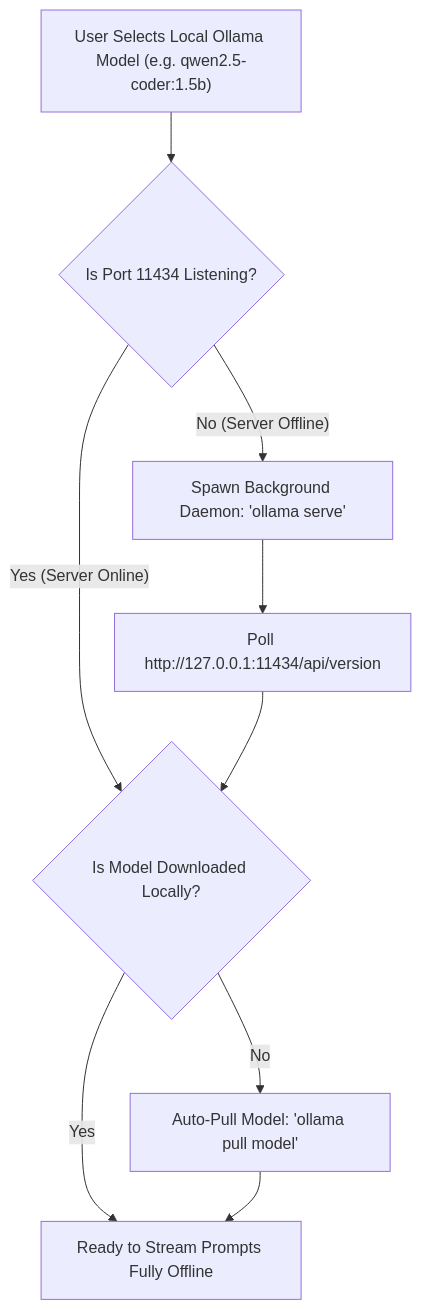
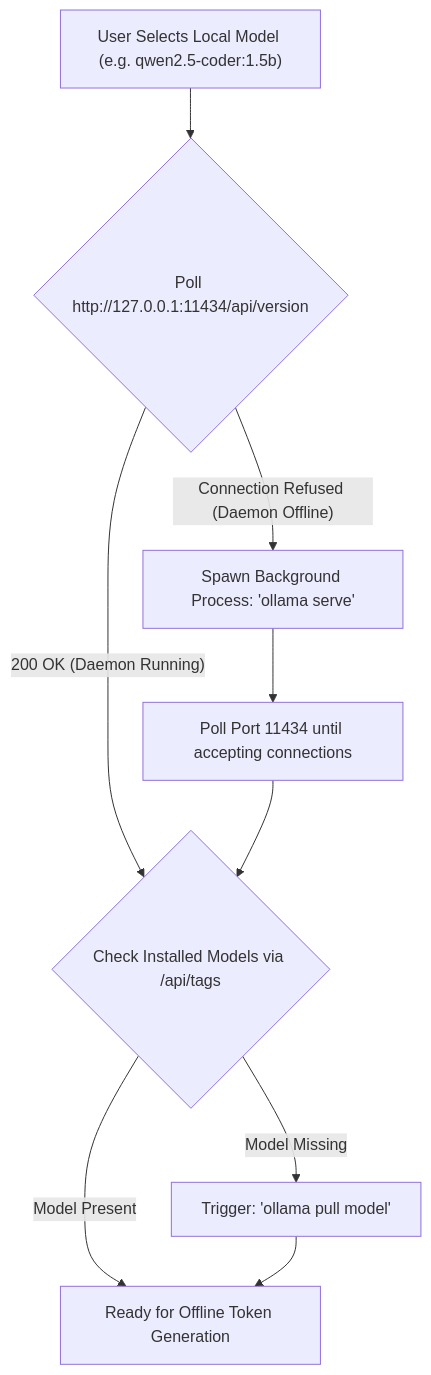
The eighth of 12 diagrams in README.md (KerberoSec/KerberoSec-CLI), drawn with Mermaid before and after one commit. The commit also changed other lines of this file, not shown here.

Commit message:
expand readme with comprehensive architecture diagrams and component breakdowns

````diff
--- a/README.md
+++ b/README.md
@@ -240,14 +275,14 @@
 ```mermaid
 flowchart TD
-    SelectOllama["User Selects Local Ollama Model (e.g. qwen2.5-coder:1.5b)"] --> CheckPort{"Is Port 11434 Listening?"}
+    Init["User Selects Local Model (e.g. qwen2.5-coder:1.5b)"] --> HealthCheck{"Poll http://127.0.0.1:11434/api/version"}
     
-    CheckPort -- "Yes (Server Online)" --> CheckModel{"Is Model Downloaded Locally?"}
+    HealthCheck -- "200 OK (Daemon Running)" --> ModelQuery{"Check Installed Models via /api/tags"}
+    HealthCheck -- "Connection Refused (Daemon Offline)" --> LaunchDaemon["Spawn Background Process: 'ollama serve'"]
     
-    CheckPort -- "No (Server Offline)" --> SpawnDaemon["Spawn Background Daemon: 'ollama serve'"]
-    SpawnDaemon --> PollDaemon["Poll http://127.0.0.1:11434/api/version"]
-    PollDaemon --> CheckModel
-    
-    CheckModel -- "Yes" --> StreamReady["Ready to Stream Prompts Fully Offline"]
-    CheckModel -- "No" --> AutoPull["Auto-Pull Model: 'ollama pull model'"]
-    AutoPull --> StreamReady
+    LaunchDaemon --> PollLoop["Poll Port 11434 until accepting connections"]
+    PollLoop --> ModelQuery
+
+    ModelQuery -- "Model Present" --> StreamReady["Ready for Offline Token Generation"]
+    ModelQuery -- "Model Missing" --> PullCmd["Trigger: 'ollama pull model'"]
+    PullCmd --> StreamReady
 ```
````
